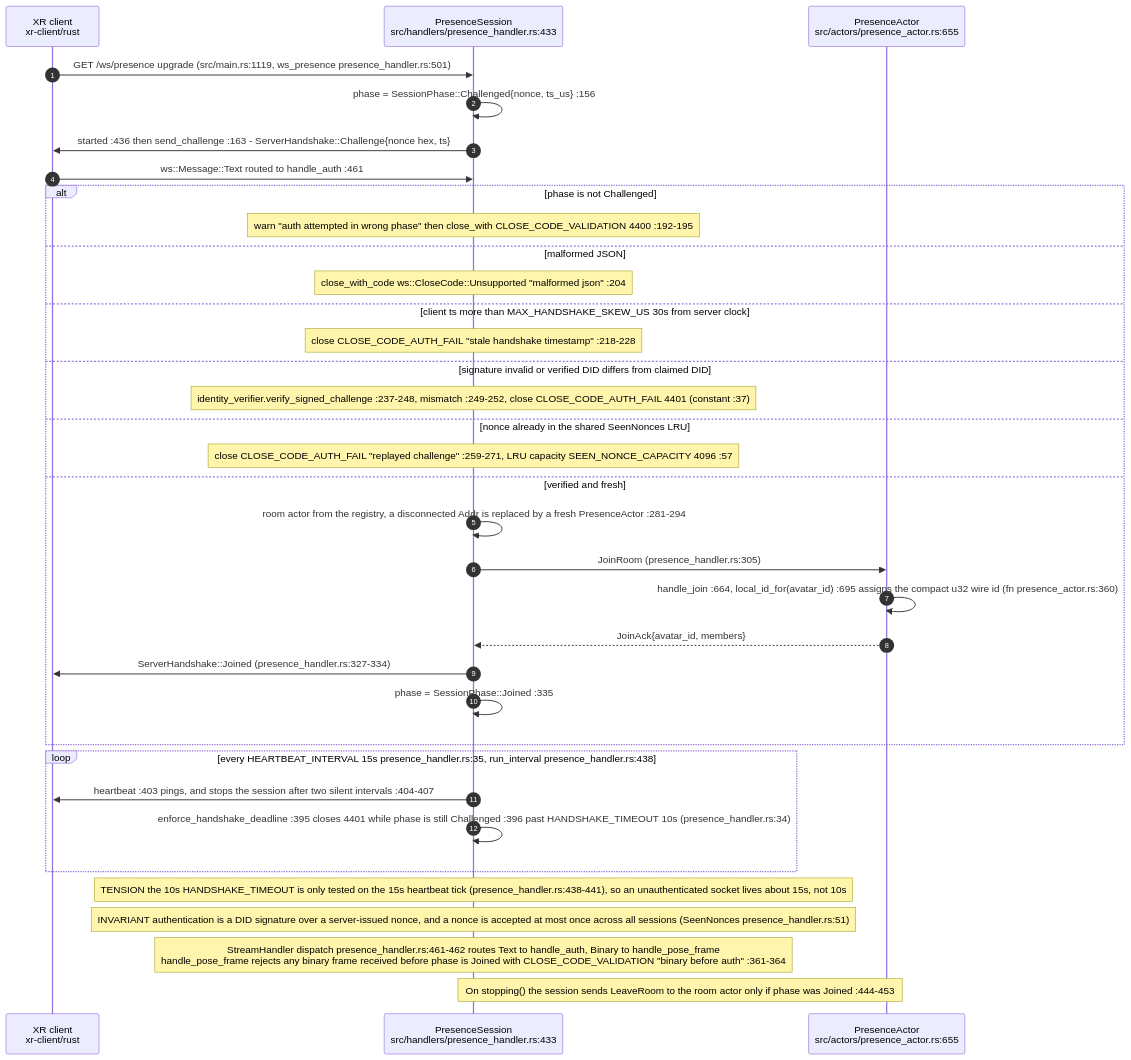
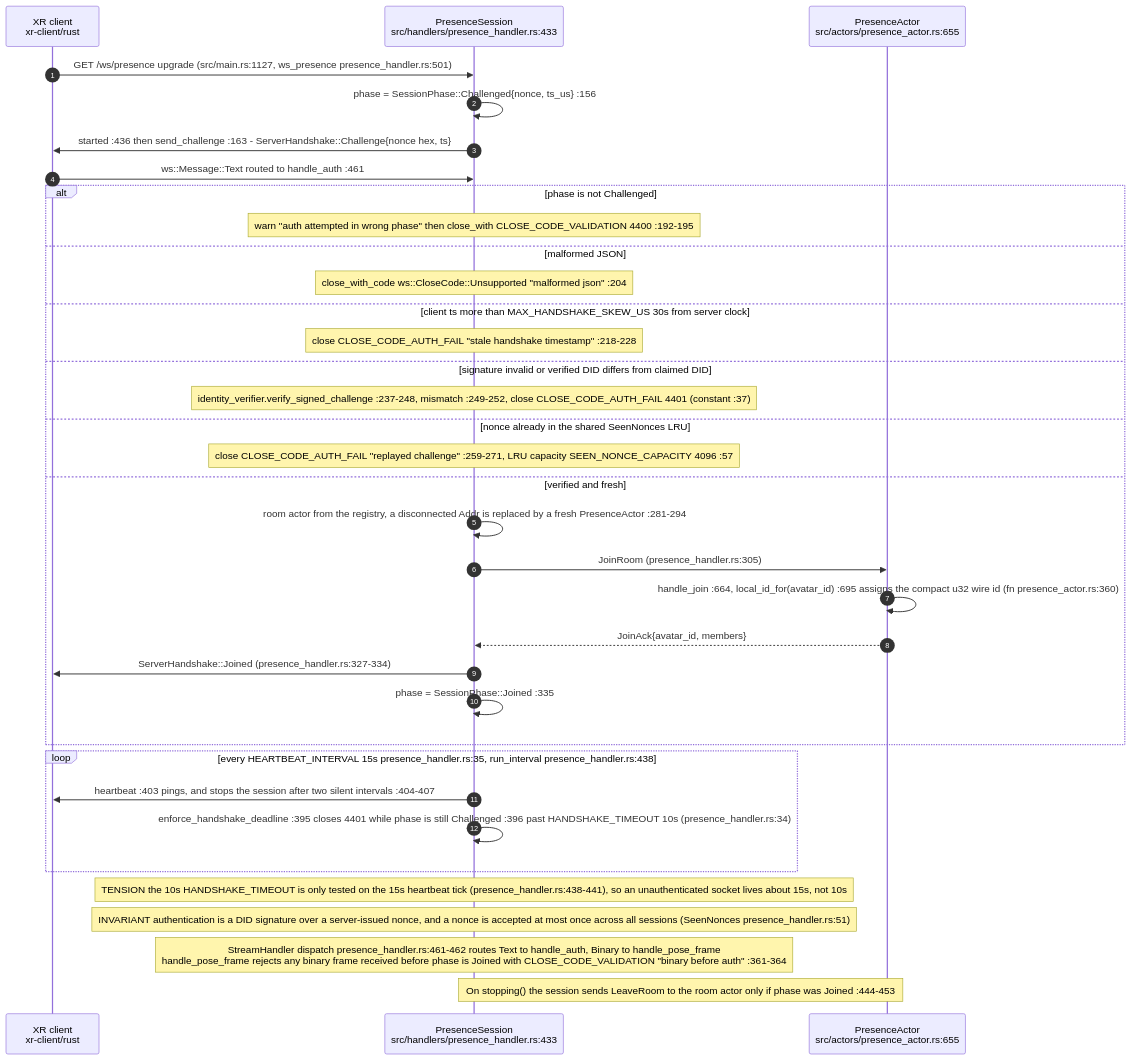
Before and after one commit to DreamLab-AI/VisionFlow: the first of 4 diagrams in docs/diagrams/visionclaw/17-xr-presence-crate.md, drawn with Mermaid. The commit also changed other lines of this file and 56 other files, not shown here.

First line of the commit message:
docs(diagrams): re-verify VisionClaw topics at ec785afa9, add VC-19/56/57 and the VisionClaw register

````diff
--- a/docs/diagrams/visionclaw/17-xr-presence-crate.md
+++ b/docs/diagrams/visionclaw/17-xr-presence-crate.md
@@ -22,38 +30,38 @@
 ```mermaid
 sequenceDiagram
     autonumber
     participant C as XR client<br/>xr-client/rust
     participant PS as PresenceSession<br/>src/handlers/presence_handler.rs:433
     participant PA as PresenceActor<br/>src/actors/presence_actor.rs:655
 
-    C->>PS: GET /ws/presence upgrade (src/main.rs:1119, ws_presence presence_handler.rs:501)
+    C->>PS: GET /ws/presence upgrade (src/main.rs:1127, ws_presence presence_handler.rs:501)
     PS->>PS: phase = SessionPhase::Challenged{nonce, ts_us} :156
     PS->>C: started :436 then send_challenge :163 - ServerHandshake::Challenge{nonce hex, ts}
     C->>PS: ws::Message::Text routed to handle_auth :461
     alt phase is not Challenged
         Note over PS: warn "auth attempted in wrong phase" then close_with CLOSE_CODE_VALIDATION 4400 :192-195
     else malformed JSON
         Note over PS: close_with_code ws::CloseCode::Unsupported "malformed json" :204
     else client ts more than MAX_HANDSHAKE_SKEW_US 30s from server clock
         Note over PS: close CLOSE_CODE_AUTH_FAIL "stale handshake timestamp" :218-228
     else signature invalid or verified DID differs from claimed DID
         Note over PS: identity_verifier.verify_signed_challenge :237-248, mismatch :249-252, close CLOSE_CODE_AUTH_FAIL 4401 (constant :37)
     else nonce already in the shared SeenNonces LRU
         Note over PS: close CLOSE_CODE_AUTH_FAIL "replayed challenge" :259-271, LRU capacity SEEN_NONCE_CAPACITY 4096 :57
     else verified and fresh
         PS->>PS: room actor from the registry, a disconnected Addr is replaced by a fresh PresenceActor :281-294
         PS->>PA: JoinRoom (presence_handler.rs:305)
         PA->>PA: handle_join :664, local_id_for(avatar_id) :695 assigns the compact u32 wire id (fn presence_actor.rs:360)
         PA-->>PS: JoinAck{avatar_id, members}
         PS->>C: ServerHandshake::Joined (presence_handler.rs:327-334)
         PS->>PS: phase = SessionPhase::Joined :335
     end
     loop every HEARTBEAT_INTERVAL 15s presence_handler.rs:35, run_interval presence_handler.rs:438
         PS->>C: heartbeat :403 pings, and stops the session after two silent intervals :404-407
         PS->>PS: enforce_handshake_deadline :395 closes 4401 while phase is still Challenged :396 past HANDSHAKE_TIMEOUT 10s (presence_handler.rs:34)
     end
     Note over PS: TENSION the 10s HANDSHAKE_TIMEOUT is only tested on the 15s heartbeat tick (presence_handler.rs:438-441), so an unauthenticated socket lives about 15s, not 10s
     Note over PS: INVARIANT authentication is a DID signature over a server-issued nonce, and a nonce is accepted at most once across all sessions (SeenNonces presence_handler.rs:51)
     Note over PS: StreamHandler dispatch presence_handler.rs:461-462 routes Text to handle_auth, Binary to handle_pose_frame<br/>handle_pose_frame rejects any binary frame received before phase is Joined with CLOSE_CODE_VALIDATION "binary before auth" :361-364
     Note over PS,PA: On stopping() the session sends LeaveRoom to the room actor only if phase was Joined :444-453
 ```
````
